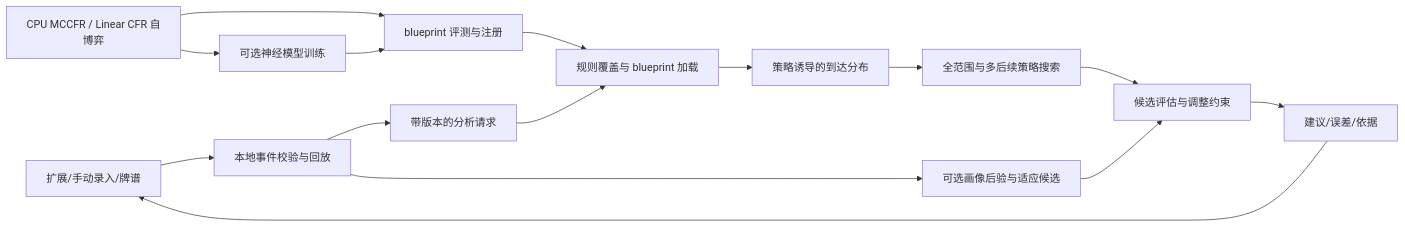
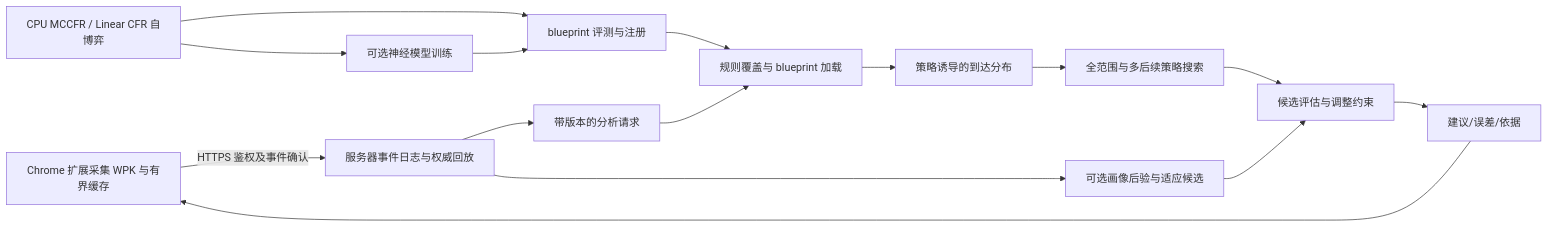
The diagram in docs/decision-engine.md (Keria2026/Texas-GTO), drawn with Mermaid before and after one commit. The commit also changed other lines of this file and 5 other files, not shown here.

Commit message:
docs: establish extension capture and server compute architecture

````diff
--- a/docs/decision-engine.md
+++ b/docs/decision-engine.md
@@ -129,17 +129,17 @@
 ```mermaid
 flowchart LR
-  A[扩展/手动录入/牌谱] --> B[本地事件校验与回放]
+  A[Chrome 扩展采集 WPK 与有界缓存] -->|HTTPS 鉴权及事件确认| B[服务器事件日志与权威回放]
   B --> C[带版本的分析请求]
   C --> D[规则覆盖与 blueprint 加载]
   D --> R[策略诱导的到达分布]
   R --> F[全范围与多后续策略搜索]
   F --> G[候选评估与调整约束]
   B --> E[可选画像后验与适应候选]
   E --> G
   G --> H[建议/误差/依据]
   H --> A
   T[CPU MCCFR / Linear CFR 自博弈] --> V[blueprint 评测与注册]
   T --> U[可选神经模型训练]
   U --> V
   V --> D
 ```
````
